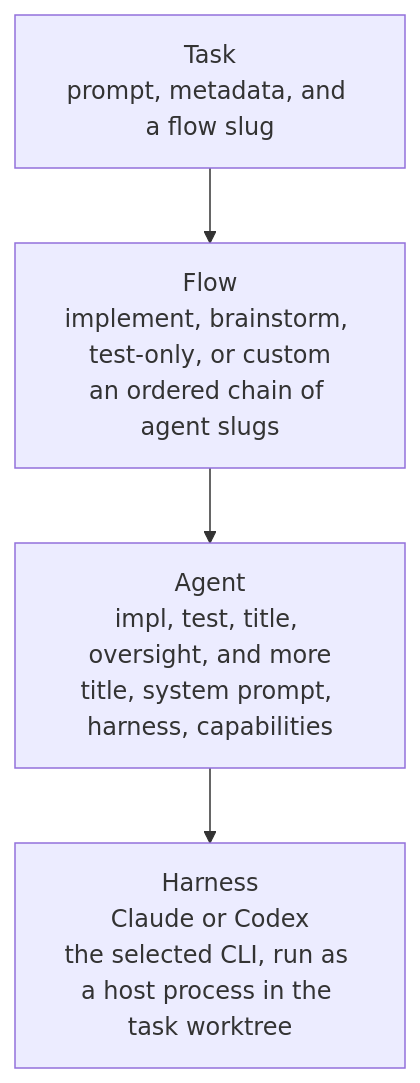
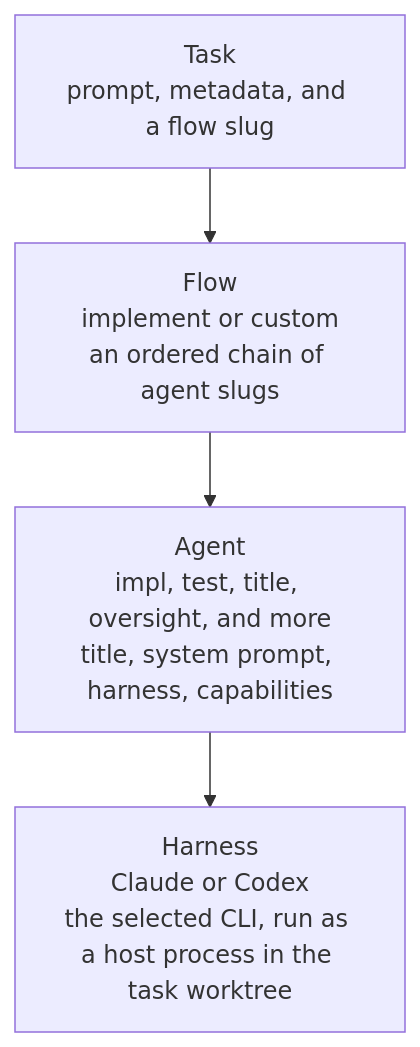
Before and after one commit to changkun/wallfacer: the first of 2 diagrams in docs/guide/agents-and-flows.md, drawn with Mermaid. The commit also changed other lines of this file and 16 other files, not shown here.

First line of the commit message:
docs+frontend: retire idea-agent/brainstorm; routine-based ideation (R6)

````diff
--- a/docs/guide/agents-and-flows.md
+++ b/docs/guide/agents-and-flows.md
@@ -13,8 +13,8 @@
 ```mermaid
 flowchart TD
     Task["Task<br/>prompt, metadata, and a flow slug"]
-    Flow["Flow<br/>implement, brainstorm, test-only, or custom<br/>an ordered chain of agent slugs"]
+    Flow["Flow<br/>implement or custom<br/>an ordered chain of agent slugs"]
     Agent["Agent<br/>impl, test, title, oversight, and more<br/>title, system prompt, harness, capabilities"]
     Harness["Harness<br/>Claude or Codex<br/>the selected CLI, run as a host process in the task worktree"]
     Task --> Flow --> Agent --> Harness
 ```
````
